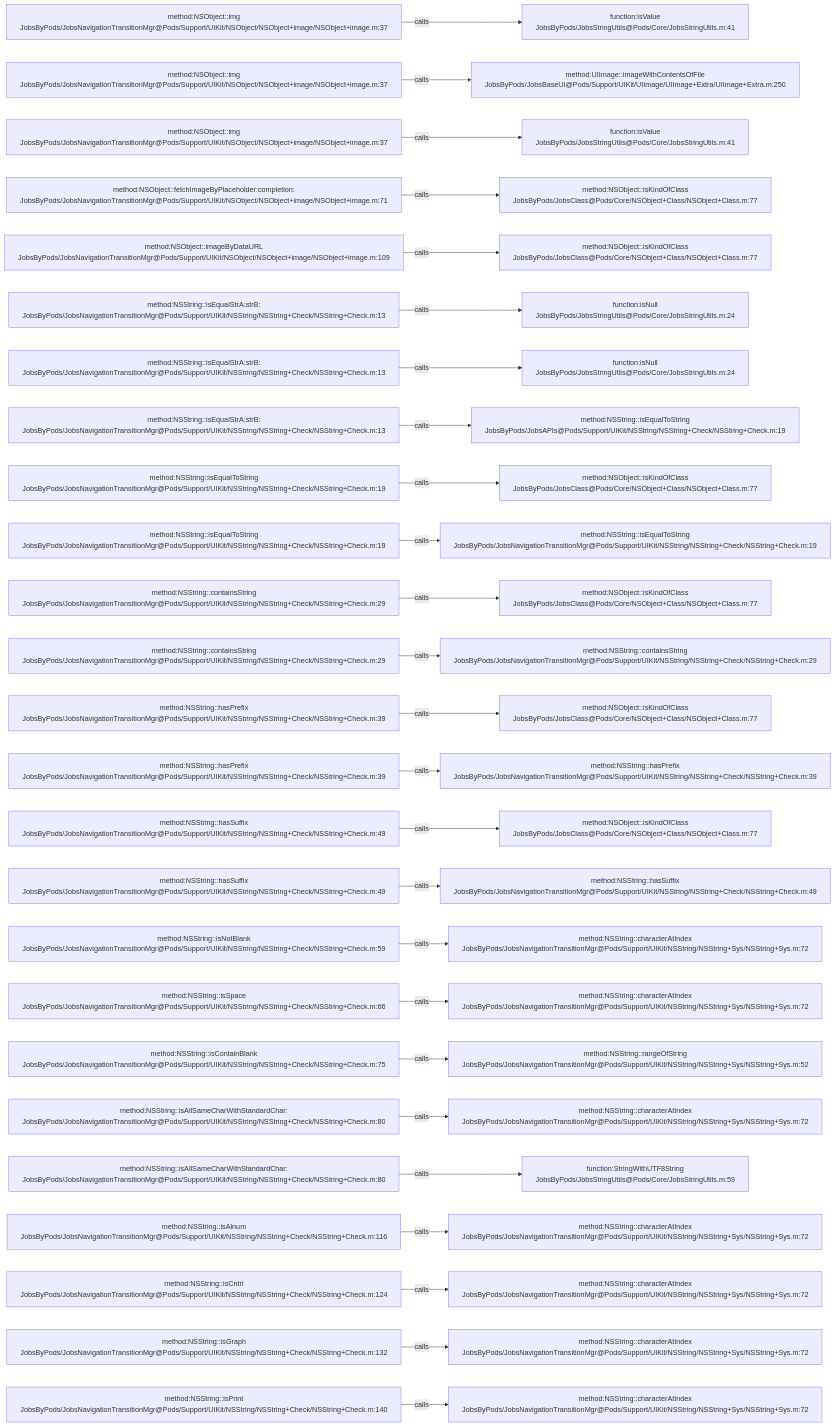
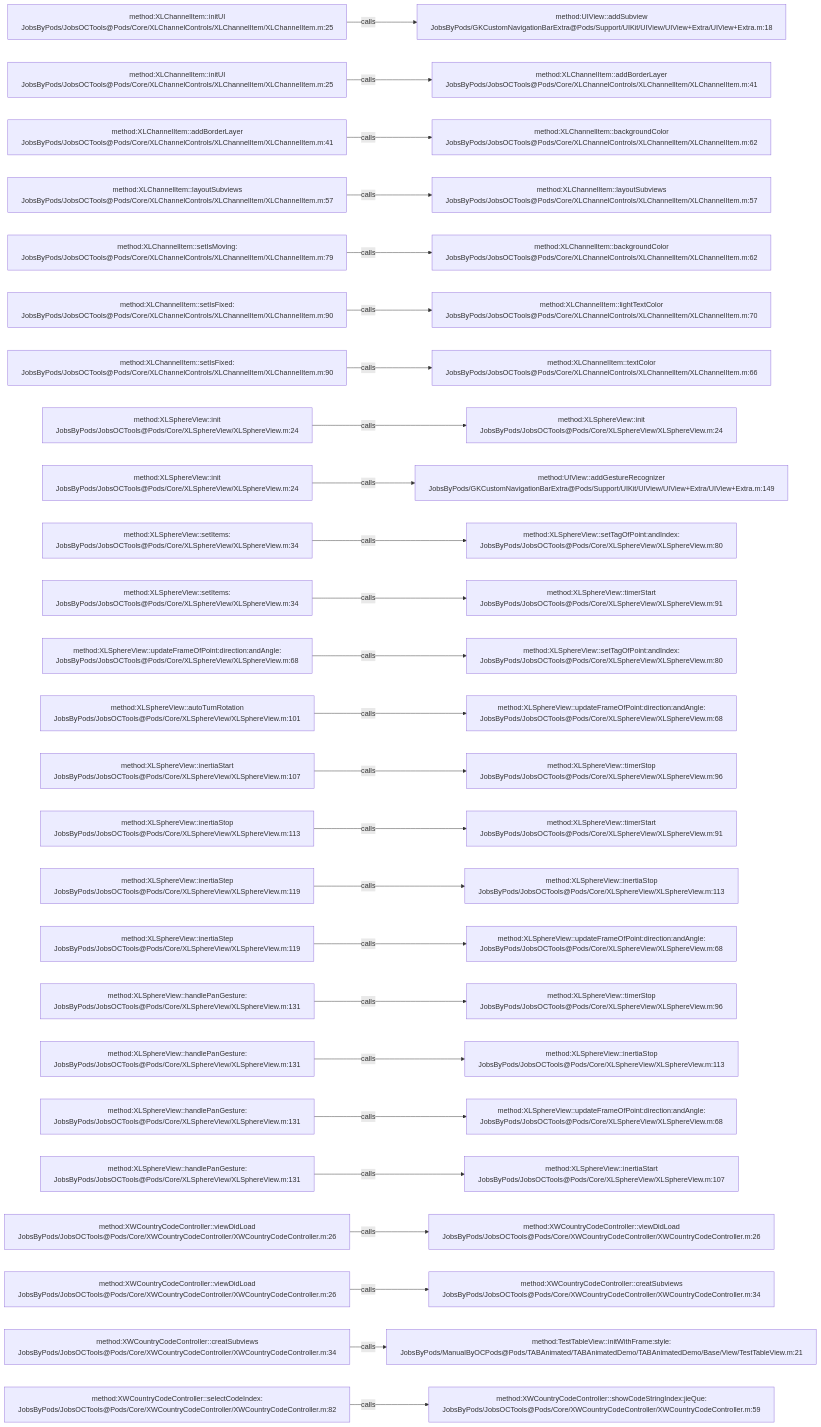
One commit to JobsKits/JobsOCBaseConfigDemo changed the diagram in .codegraph/codegraph.md/graphs/calls-163.md. Above: the diagram before and after it, drawn with Mermaid. The commit also changed 1026 other files, not shown here.

````diff
--- a/.codegraph/codegraph.md/graphs/calls-163.md
+++ b/.codegraph/codegraph.md/graphs/calls-163.md
@@ -13,78 +13,78 @@
 ```mermaid
 flowchart LR
-  S1["method:NSObject::img<br/>JobsByPods/JobsNavigationTransitionMgr@Pods/Support/UIKit/NSObject/NSObject+image/NSObject+image.m:37"]
-  T1["function:isValue<br/>JobsByPods/JobsStringUtils@Pods/Core/JobsStringUtils.m:41"]
+  S1["method:XLChannelItem::initUI<br/>JobsByPods/JobsOCTools@Pods/Core/XLChannelControls/XLChannelItem/XLChannelItem.m:25"]
+  T1["method:UIView::addSubview<br/>JobsByPods/GKCustomNavigationBarExtra@Pods/Support/UIKit/UIView/UIView+Extra/UIView+Extra.m:18"]
   S1 -->|calls| T1
-  S2["method:NSObject::img<br/>JobsByPods/JobsNavigationTransitionMgr@Pods/Support/UIKit/NSObject/NSObject+image/NSObject+image.m:37"]
-  T2["method:UIImage::imageWithContentsOfFile<br/>JobsByPods/JobsBaseUI@Pods/Support/UIKit/UIImage/UIImage+Extra/UIImage+Extra.m:250"]
+  S2["method:XLChannelItem::initUI<br/>JobsByPods/JobsOCTools@Pods/Core/XLChannelControls/XLChannelItem/XLChannelItem.m:25"]
+  T2["method:XLChannelItem::addBorderLayer<br/>JobsByPods/JobsOCTools@Pods/Core/XLChannelControls/XLChannelItem/XLChannelItem.m:41"]
   S2 -->|calls| T2
-  S3["method:NSObject::img<br/>JobsByPods/JobsNavigationTransitionMgr@Pods/Support/UIKit/NSObject/NSObject+image/NSObject+image.m:37"]
-  T3["function:isValue<br/>JobsByPods/JobsStringUtils@Pods/Core/JobsStringUtils.m:41"]
+  S3["method:XLChannelItem::addBorderLayer<br/>JobsByPods/JobsOCTools@Pods/Core/XLChannelControls/XLChannelItem/XLChannelItem.m:41"]
+  T3["method:XLChannelItem::backgroundColor<br/>JobsByPods/JobsOCTools@Pods/Core/XLChannelControls/XLChannelItem/XLChannelItem.m:62"]
   S3 -->|calls| T3
-  S4["method:NSObject::fetchImageByPlaceholder:completion:<br/>JobsByPods/JobsNavigationTransitionMgr@Pods/Support/UIKit/NSObject/NSObject+image/NSObject+image.m:71"]
-  T4["method:NSObject::isKindOfClass<br/>JobsByPods/JobsClass@Pods/Core/NSObject+Class/NSObject+Class.m:77"]
+  S4["method:XLChannelItem::layoutSubviews<br/>JobsByPods/JobsOCTools@Pods/Core/XLChannelControls/XLChannelItem/XLChannelItem.m:57"]
+  T4["method:XLChannelItem::layoutSubviews<br/>JobsByPods/JobsOCTools@Pods/Core/XLChannelControls/XLChannelItem/XLChannelItem.m:57"]
   S4 -->|calls| T4
-  S5["method:NSObject::imageByDataURL<br/>JobsByPods/JobsNavigationTransitionMgr@Pods/Support/UIKit/NSObject/NSObject+image/NSObject+image.m:109"]
-  T5["method:NSObject::isKindOfClass<br/>JobsByPods/JobsClass@Pods/Core/NSObject+Class/NSObject+Class.m:77"]
+  S5["method:XLChannelItem::setIsMoving:<br/>JobsByPods/JobsOCTools@Pods/Core/XLChannelControls/XLChannelItem/XLChannelItem.m:79"]
+  T5["method:XLChannelItem::backgroundColor<br/>JobsByPods/JobsOCTools@Pods/Core/XLChannelControls/XLChannelItem/XLChannelItem.m:62"]
   S5 -->|calls| T5
-  S6["method:NSString::isEqualStrA:strB:<br/>JobsByPods/JobsNavigationTransitionMgr@Pods/Support/UIKit/NSString/NSString+Check/NSString+Check.m:13"]
-  T6["function:isNull<br/>JobsByPods/JobsStringUtils@Pods/Core/JobsStringUtils.m:24"]
+  S6["method:XLChannelItem::setIsFixed:<br/>JobsByPods/JobsOCTools@Pods/Core/XLChannelControls/XLChannelItem/XLChannelItem.m:90"]
+  T6["method:XLChannelItem::lightTextColor<br/>JobsByPods/JobsOCTools@Pods/Core/XLChannelControls/XLChannelItem/XLChannelItem.m:70"]
   S6 -->|calls| T6
-  S7["method:NSString::isEqualStrA:strB:<br/>JobsByPods/JobsNavigationTransitionMgr@Pods/Support/UIKit/NSString/NSString+Check/NSString+Check.m:13"]
-  T7["function:isNull<br/>JobsByPods/JobsStringUtils@Pods/Core/JobsStringUtils.m:24"]
+  S7["method:XLChannelItem::setIsFixed:<br/>JobsByPods/JobsOCTools@Pods/Core/XLChannelControls/XLChannelItem/XLChannelItem.m:90"]
+  T7["method:XLChannelItem::textColor<br/>JobsByPods/JobsOCTools@Pods/Core/XLChannelControls/XLChannelItem/XLChannelItem.m:66"]
   S7 -->|calls| T7
-  S8["method:NSString::isEqualStrA:strB:<br/>JobsByPods/JobsNavigationTransitionMgr@Pods/Support/UIKit/NSString/NSString+Check/NSString+Check.m:13"]
-  T8["method:NSString::isEqualToString<br/>JobsByPods/JobsAPIs@Pods/Support/UIKit/NSString/NSString+Check/NSString+Check.m:19"]
+  S8["method:XLSphereView::init<br/>JobsByPods/JobsOCTools@Pods/Core/XLSphereView/XLSphereView.m:24"]
+  T8["method:XLSphereView::init<br/>JobsByPods/JobsOCTools@Pods/Core/XLSphereView/XLSphereView.m:24"]
   S8 -->|calls| T8
-  S9["method:NSString::isEqualToString<br/>JobsByPods/JobsNavigationTransitionMgr@Pods/Support/UIKit/NSString/NSString+Check/NSString+Check.m:19"]
-  T9["method:NSObject::isKindOfClass<br/>JobsByPods/JobsClass@Pods/Core/NSObject+Class/NSObject+Class.m:77"]
+  S9["method:XLSphereView::init<br/>JobsByPods/JobsOCTools@Pods/Core/XLSphereView/XLSphereView.m:24"]
+  T9["method:UIView::addGestureRecognizer<br/>JobsByPods/GKCustomNavigationBarExtra@Pods/Support/UIKit/UIView/UIView+Extra/UIView+Extra.m:149"]
   S9 -->|calls| T9
-  S10["method:NSString::isEqualToString<br/>JobsByPods/JobsNavigationTransitionMgr@Pods/Support/UIKit/NSString/NSString+Check/NSString+Check.m:19"]
-  T10["method:NSString::isEqualToString<br/>JobsByPods/JobsNavigationTransitionMgr@Pods/Support/UIKit/NSString/NSString+Check/NSString+Check.m:19"]
+  S10["method:XLSphereView::setItems:<br/>JobsByPods/JobsOCTools@Pods/Core/XLSphereView/XLSphereView.m:34"]
+  T10["method:XLSphereView::setTagOfPoint:andIndex:<br/>JobsByPods/JobsOCTools@Pods/Core/XLSphereView/XLSphereView.m:80"]
   S10 -->|calls| T10
-  S11["method:NSString::containsString<br/>JobsByPods/JobsNavigationTransitionMgr@Pods/Support/UIKit/NSString/NSString+Check/NSString+Check.m:29"]
-  T11["method:NSObject::isKindOfClass<br/>JobsByPods/JobsClass@Pods/Core/NSObject+Class/NSObject+Class.m:77"]
+  S11["method:XLSphereView::setItems:<br/>JobsByPods/JobsOCTools@Pods/Core/XLSphereView/XLSphereView.m:34"]
+  T11["method:XLSphereView::timerStart<br/>JobsByPods/JobsOCTools@Pods/Core/XLSphereView/XLSphereView.m:91"]
   S11 -->|calls| T11
-  S12["method:NSString::containsString<br/>JobsByPods/JobsNavigationTransitionMgr@Pods/Support/UIKit/NSString/NSString+Check/NSString+Check.m:29"]
-  T12["method:NSString::containsString<br/>JobsByPods/JobsNavigationTransitionMgr@Pods/Support/UIKit/NSString/NSString+Check/NSString+Check.m:29"]
+  S12["method:XLSphereView::updateFrameOfPoint:direction:andAngle:<br/>JobsByPods/JobsOCTools@Pods/Core/XLSphereView/XLSphereView.m:68"]
+  T12["method:XLSphereView::setTagOfPoint:andIndex:<br/>JobsByPods/JobsOCTools@Pods/Core/XLSphereView/XLSphereView.m:80"]
   S12 -->|calls| T12
-  S13["method:NSString::hasPrefix<br/>JobsByPods/JobsNavigationTransitionMgr@Pods/Support/UIKit/NSString/NSString+Check/NSString+Check.m:39"]
-  T13["method:NSObject::isKindOfClass<br/>JobsByPods/JobsClass@Pods/Core/NSObject+Class/NSObject+Class.m:77"]
+  S13["method:XLSphereView::autoTurnRotation<br/>JobsByPods/JobsOCTools@Pods/Core/XLSphereView/XLSphereView.m:101"]
+  T13["method:XLSphereView::updateFrameOfPoint:direction:andAngle:<br/>JobsByPods/JobsOCTools@Pods/Core/XLSphereView/XLSphereView.m:68"]
   S13 -->|calls| T13
-  S14["method:NSString::hasPrefix<br/>JobsByPods/JobsNavigationTransitionMgr@Pods/Support/UIKit/NSString/NSString+Check/NSString+Check.m:39"]
-  T14["method:NSString::hasPrefix<br/>JobsByPods/JobsNavigationTransitionMgr@Pods/Support/UIKit/NSString/NSString+Check/NSString+Check.m:39"]
+  S14["method:XLSphereView::inertiaStart<br/>JobsByPods/JobsOCTools@Pods/Core/XLSphereView/XLSphereView.m:107"]
+  T14["method:XLSphereView::timerStop<br/>JobsByPods/JobsOCTools@Pods/Core/XLSphereView/XLSphereView.m:96"]
   S14 -->|calls| T14
-  S15["method:NSString::hasSuffix<br/>JobsByPods/JobsNavigationTransitionMgr@Pods/Support/UIKit/NSString/NSString+Check/NSString+Check.m:49"]
-  T15["method:NSObject::isKindOfClass<br/>JobsByPods/JobsClass@Pods/Core/NSObject+Class/NSObject+Class.m:77"]
+  S15["method:XLSphereView::inertiaStop<br/>JobsByPods/JobsOCTools@Pods/Core/XLSphereView/XLSphereView.m:113"]
+  T15["method:XLSphereView::timerStart<br/>JobsByPods/JobsOCTools@Pods/Core/XLSphereView/XLSphereView.m:91"]
   S15 -->|calls| T15
-  S16["method:NSString::hasSuffix<br/>JobsByPods/JobsNavigationTransitionMgr@Pods/Support/UIKit/NSString/NSString+Check/NSString+Check.m:49"]
-  T16["method:NSString::hasSuffix<br/>JobsByPods/JobsNavigationTransitionMgr@Pods/Support/UIKit/NSString/NSString+Check/NSString+Check.m:49"]
+  S16["method:XLSphereView::inertiaStep<br/>JobsByPods/JobsOCTools@Pods/Core/XLSphereView/XLSphereView.m:119"]
+  T16["method:XLSphereView::inertiaStop<br/>JobsByPods/JobsOCTools@Pods/Core/XLSphereView/XLSphereView.m:113"]
   S16 -->|calls| T16
-  S17["method:NSString::isNotBlank<br/>JobsByPods/JobsNavigationTransitionMgr@Pods/Support/UIKit/NSString/NSString+Check/NSString+Check.m:59"]
-  T17["method:NSString::characterAtIndex<br/>JobsByPods/JobsNavigationTransitionMgr@Pods/Support/UIKit/NSString/NSString+Sys/NSString+Sys.m:72"]
+  S17["method:XLSphereView::inertiaStep<br/>JobsByPods/JobsOCTools@Pods/Core/XLSphereView/XLSphereView.m:119"]
+  T17["method:XLSphereView::updateFrameOfPoint:direction:andAngle:<br/>JobsByPods/JobsOCTools@Pods/Core/XLSphereView/XLSphereView.m:68"]
   S17 -->|calls| T17
-  S18["method:NSString::isSpace<br/>JobsByPods/JobsNavigationTransitionMgr@Pods/Support/UIKit/NSString/NSString+Check/NSString+Check.m:66"]
-  T18["method:NSString::characterAtIndex<br/>JobsByPods/JobsNavigationTransitionMgr@Pods/Support/UIKit/NSString/NSString+Sys/NSString+Sys.m:72"]
+  S18["method:XLSphereView::handlePanGesture:<br/>JobsByPods/JobsOCTools@Pods/Core/XLSphereView/XLSphereView.m:131"]
+  T18["method:XLSphereView::timerStop<br/>JobsByPods/JobsOCTools@Pods/Core/XLSphereView/XLSphereView.m:96"]
   S18 -->|calls| T18
-  S19["method:NSString::isContainBlank<br/>JobsByPods/JobsNavigationTransitionMgr@Pods/Support/UIKit/NSString/NSString+Check/NSString+Check.m:75"]
-  T19["method:NSString::rangeOfString<br/>JobsByPods/JobsNavigationTransitionMgr@Pods/Support/UIKit/NSString/NSString+Sys/NSString+Sys.m:52"]
+  S19["method:XLSphereView::handlePanGesture:<br/>JobsByPods/JobsOCTools@Pods/Core/XLSphereView/XLSphereView.m:131"]
+  T19["method:XLSphereView::inertiaStop<br/>JobsByPods/JobsOCTools@Pods/Core/XLSphereView/XLSphereView.m:113"]
   S19 -->|calls| T19
-  S20["method:NSString::isAllSameCharWithStandardChar:<br/>JobsByPods/JobsNavigationTransitionMgr@Pods/Support/UIKit/NSString/NSString+Check/NSString+Check.m:80"]
-  T20["method:NSString::characterAtIndex<br/>JobsByPods/JobsNavigationTransitionMgr@Pods/Support/UIKit/NSString/NSString+Sys/NSString+Sys.m:72"]
+  S20["method:XLSphereView::handlePanGesture:<br/>JobsByPods/JobsOCTools@Pods/Core/XLSphereView/XLSphereView.m:131"]
+  T20["method:XLSphereView::updateFrameOfPoint:direction:andAngle:<br/>JobsByPods/JobsOCTools@Pods/Core/XLSphereView/XLSphereView.m:68"]
   S20 -->|calls| T20
-  S21["method:NSString::isAllSameCharWithStandardChar:<br/>JobsByPods/JobsNavigationTransitionMgr@Pods/Support/UIKit/NSString/NSString+Check/NSString+Check.m:80"]
-  T21["function:StringWithUTF8String<br/>JobsByPods/JobsStringUtils@Pods/Core/JobsStringUtils.m:59"]
+  S21["method:XLSphereView::handlePanGesture:<br/>JobsByPods/JobsOCTools@Pods/Core/XLSphereView/XLSphereView.m:131"]
+  T21["method:XLSphereView::inertiaStart<br/>JobsByPods/JobsOCTools@Pods/Core/XLSphereView/XLSphereView.m:107"]
   S21 -->|calls| T21
-  S22["method:NSString::isAlnum<br/>JobsByPods/JobsNavigationTransitionMgr@Pods/Support/UIKit/NSString/NSString+Check/NSString+Check.m:116"]
-  T22["method:NSString::characterAtIndex<br/>JobsByPods/JobsNavigationTransitionMgr@Pods/Support/UIKit/NSString/NSString+Sys/NSString+Sys.m:72"]
+  S22["method:XWCountryCodeController::viewDidLoad<br/>JobsByPods/JobsOCTools@Pods/Core/XWCountryCodeController/XWCountryCodeController.m:26"]
+  T22["method:XWCountryCodeController::viewDidLoad<br/>JobsByPods/JobsOCTools@Pods/Core/XWCountryCodeController/XWCountryCodeController.m:26"]
   S22 -->|calls| T22
-  S23["method:NSString::isCntrl<br/>JobsByPods/JobsNavigationTransitionMgr@Pods/Support/UIKit/NSString/NSString+Check/NSString+Check.m:124"]
-  T23["method:NSString::characterAtIndex<br/>JobsByPods/JobsNavigationTransitionMgr@Pods/Support/UIKit/NSString/NSString+Sys/NSString+Sys.m:72"]
+  S23["method:XWCountryCodeController::viewDidLoad<br/>JobsByPods/JobsOCTools@Pods/Core/XWCountryCodeController/XWCountryCodeController.m:26"]
+  T23["method:XWCountryCodeController::creatSubviews<br/>JobsByPods/JobsOCTools@Pods/Core/XWCountryCodeController/XWCountryCodeController.m:34"]
   S23 -->|calls| T23
-  S24["method:NSString::isGraph<br/>JobsByPods/JobsNavigationTransitionMgr@Pods/Support/UIKit/NSString/NSString+Check/NSString+Check.m:132"]
-  T24["method:NSString::characterAtIndex<br/>JobsByPods/JobsNavigationTransitionMgr@Pods/Support/UIKit/NSString/NSString+Sys/NSString+Sys.m:72"]
+  S24["method:XWCountryCodeController::creatSubviews<br/>JobsByPods/JobsOCTools@Pods/Core/XWCountryCodeController/XWCountryCodeController.m:34"]
+  T24["method:TestTableView::initWithFrame:style:<br/>JobsByPods/ManualByOCPods@Pods/TABAnimated/TABAnimatedDemo/TABAnimatedDemo/Base/View/TestTableView.m:21"]
   S24 -->|calls| T24
-  S25["method:NSString::isPrint<br/>JobsByPods/JobsNavigationTransitionMgr@Pods/Support/UIKit/NSString/NSString+Check/NSString+Check.m:140"]
-  T25["method:NSString::characterAtIndex<br/>JobsByPods/JobsNavigationTransitionMgr@Pods/Support/UIKit/NSString/NSString+Sys/NSString+Sys.m:72"]
+  S25["method:XWCountryCodeController::selectCodeIndex:<br/>JobsByPods/JobsOCTools@Pods/Core/XWCountryCodeController/XWCountryCodeController.m:82"]
+  T25["method:XWCountryCodeController::showCodeStringIndex:jieQue:<br/>JobsByPods/JobsOCTools@Pods/Core/XWCountryCodeController/XWCountryCodeController.m:59"]
   S25 -->|calls| T25
 ```
````
